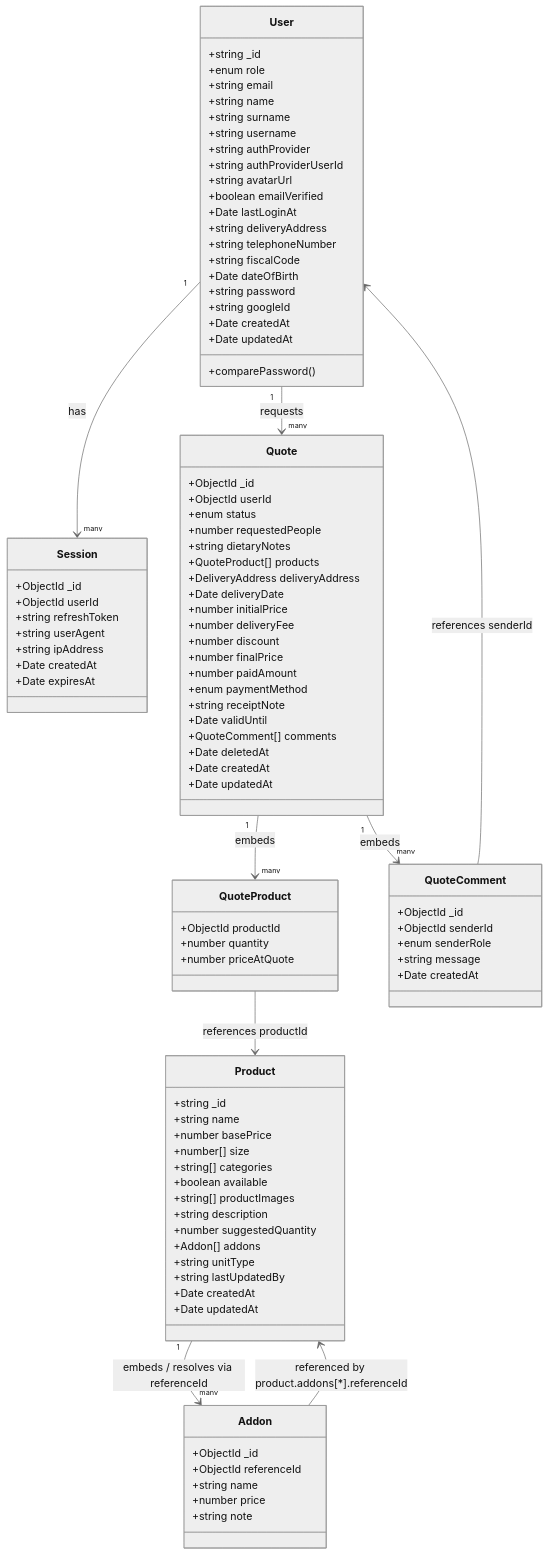
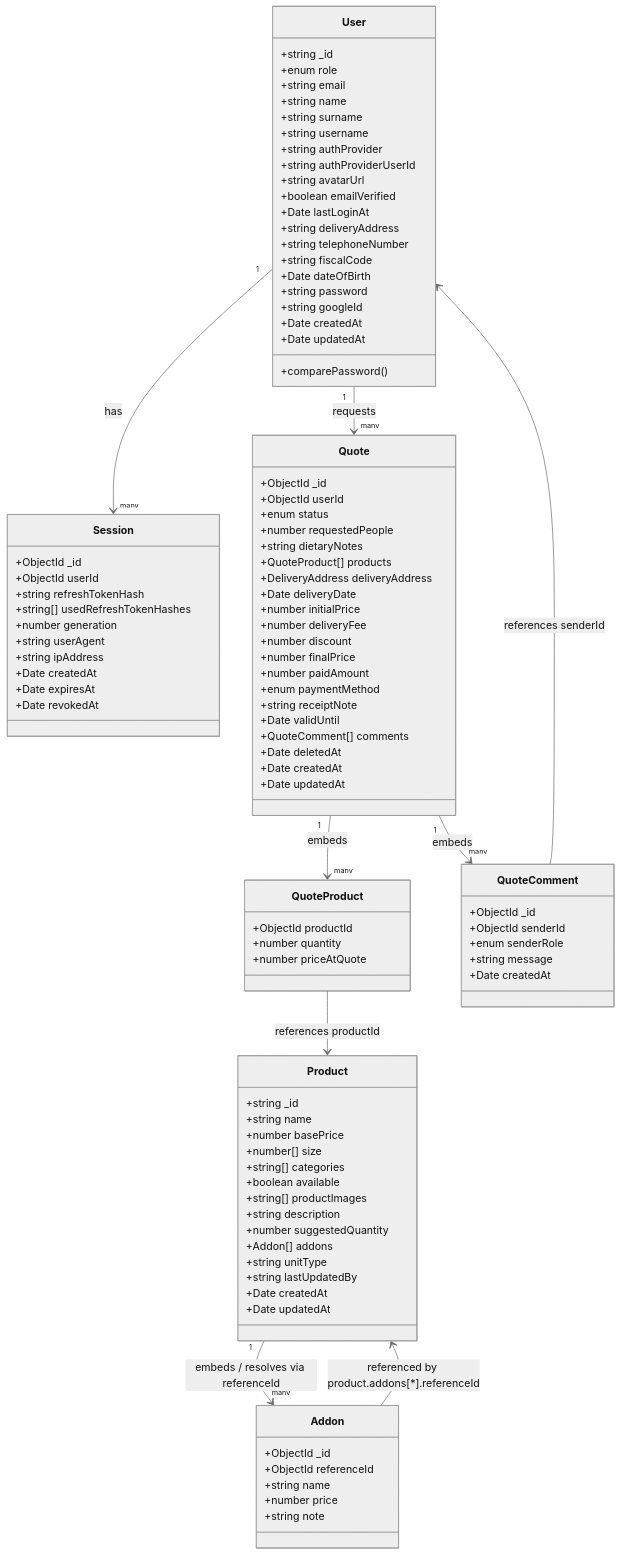
One commit to dimolf345/rusticone-api changed the diagram in models-map.md. Above: the diagram before and after it, drawn with Mermaid (neutral theme). The commit also changed other lines of this file and 27 other files, not shown here.

Commit message:
refactor(auth): refactor refreshToken handling with cookie based approach

```diff
--- a/models-map.md
+++ b/models-map.md
@@ -32,11 +32,14 @@
     class Session {
         +ObjectId _id
         +ObjectId userId
-        +string refreshToken
+        +string refreshTokenHash
+        +string[] usedRefreshTokenHashes
+        +number generation
         +string userAgent
         +string ipAddress
         +Date createdAt
         +Date expiresAt
+        +Date revokedAt
     }
 
     class Product {
```
